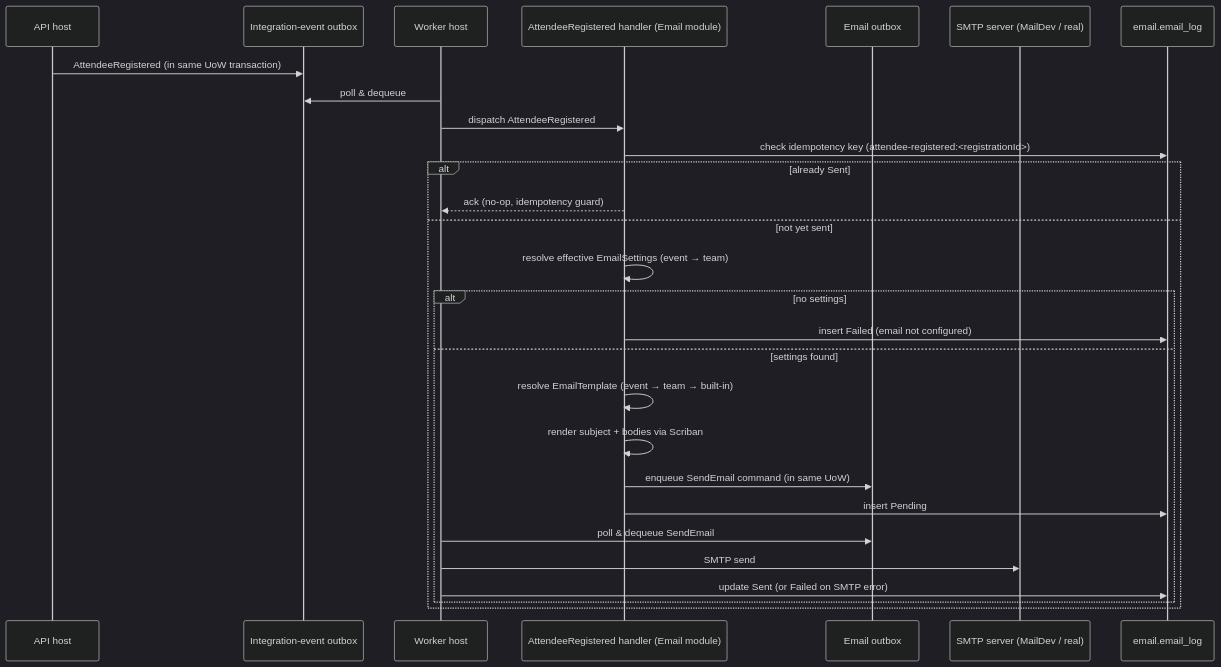
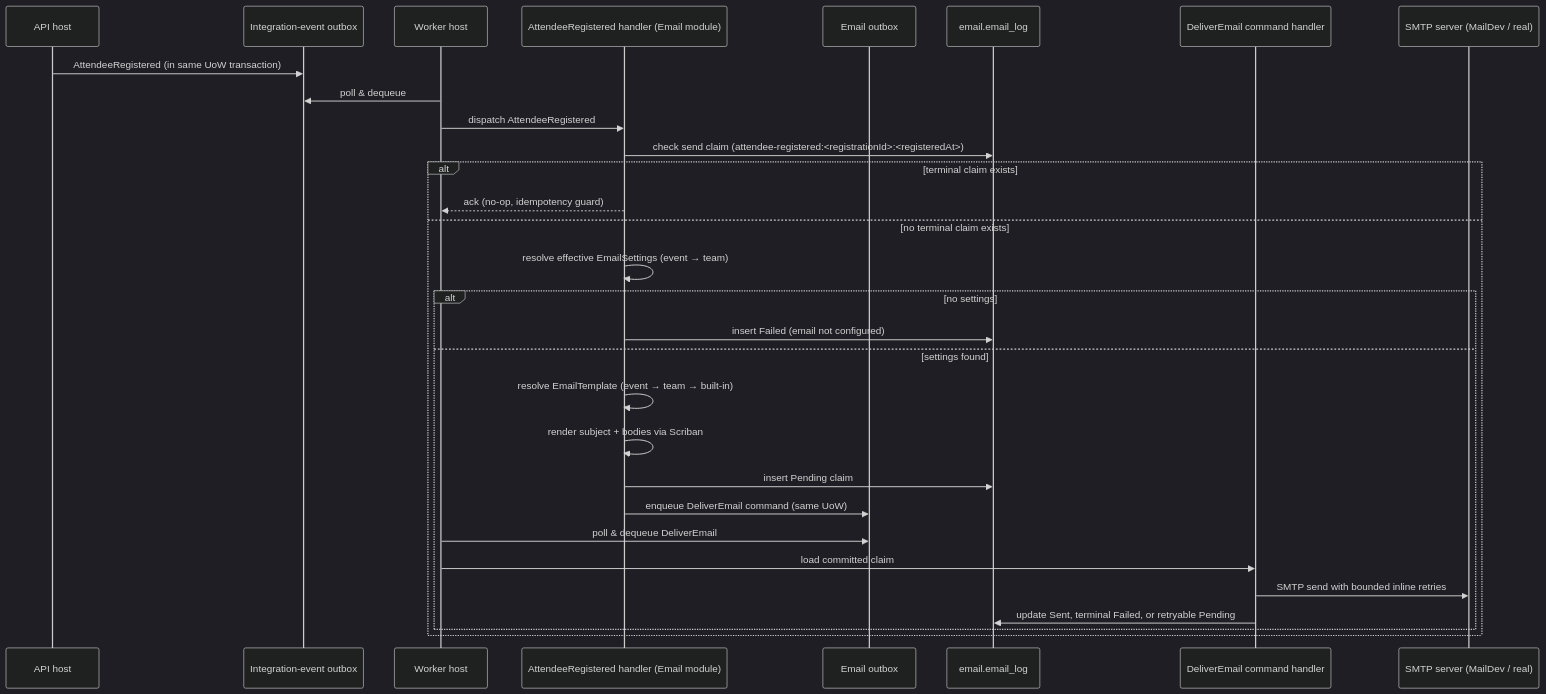
The seventh of 11 diagrams in docs/arc42/06-runtime-view.md (amolenk/Admitto), drawn with Mermaid (dark theme) before and after one commit. The commit also changed other lines of this file and 43 other files, not shown here.

````diff
--- a/docs/arc42/06-runtime-view.md
+++ b/docs/arc42/06-runtime-view.md
@@ -191,31 +193,33 @@
 ```mermaid
 sequenceDiagram
     participant Api as API host
     participant Outbox as Integration-event outbox
     participant Worker as Worker host
     participant EmailHandler as AttendeeRegistered handler (Email module)
     participant EmailOutbox as Email outbox
+    participant EmailLog as email.email_log
+    participant Delivery as DeliverEmail command handler
     participant SMTP as SMTP server (MailDev / real)
-    participant EmailLog as email.email_log
 
     Api->>Outbox: AttendeeRegistered (in same UoW transaction)
     Worker->>Outbox: poll & dequeue
     Worker->>EmailHandler: dispatch AttendeeRegistered
-    EmailHandler->>EmailLog: check idempotency key (attendee-registered:<registrationId>)
-    alt already Sent
+    EmailHandler->>EmailLog: check send claim (attendee-registered:<registrationId>:<registeredAt>)
+    alt terminal claim exists
         EmailHandler-->>Worker: ack (no-op, idempotency guard)
-    else not yet sent
+    else no terminal claim exists
         EmailHandler->>EmailHandler: resolve effective EmailSettings (event → team)
         alt no settings
             EmailHandler->>EmailLog: insert Failed (email not configured)
         else settings found
             EmailHandler->>EmailHandler: resolve EmailTemplate (event → team → built-in)
             EmailHandler->>EmailHandler: render subject + bodies via Scriban
-            EmailHandler->>EmailOutbox: enqueue SendEmail command (in same UoW)
-            EmailHandler->>EmailLog: insert Pending
-            Worker->>EmailOutbox: poll & dequeue SendEmail
-            Worker->>SMTP: SMTP send
-            Worker->>EmailLog: update Sent (or Failed on SMTP error)
+            EmailHandler->>EmailLog: insert Pending claim
+            EmailHandler->>EmailOutbox: enqueue DeliverEmail command (same UoW)
+            Worker->>EmailOutbox: poll & dequeue DeliverEmail
+            Worker->>Delivery: load committed claim
+            Delivery->>SMTP: SMTP send with bounded inline retries
+            Delivery->>EmailLog: update Sent, terminal Failed, or retryable Pending
         end
     end
 ```
````
